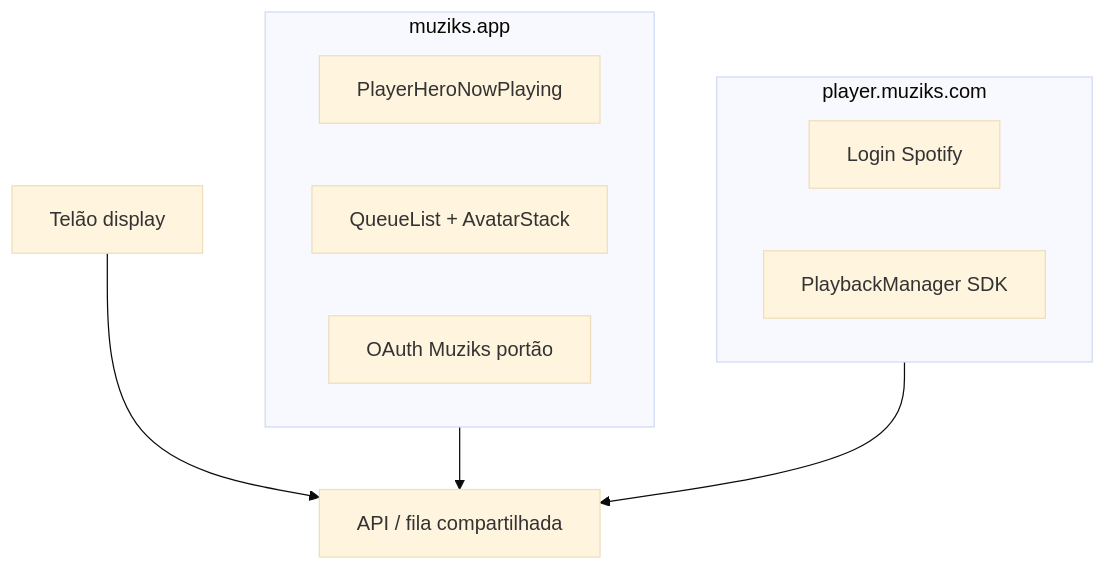
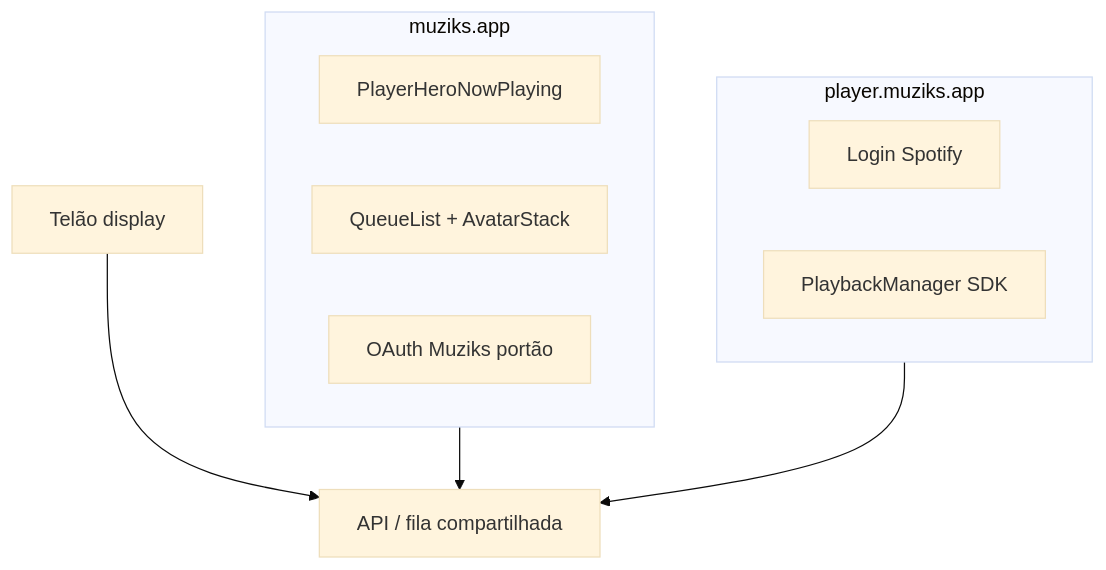
Before and after one commit to LucasArgate/muziks: the first of 2 diagrams in docs/specs/16-ui-player-e-fila.md, drawn with Mermaid (base theme). The commit also changed other lines of this file and 15 other files, not shown here.

````diff
--- a/docs/specs/16-ui-player-e-fila.md
+++ b/docs/specs/16-ui-player-e-fila.md
@@ -29,16 +29,16 @@
 ```mermaid
 flowchart TB
   subgraph public [muziks.app]
     Hero[PlayerHeroNowPlaying]
     Queue[QueueList + AvatarStack]
     Gate[OAuth Muziks portão]
   end
-  subgraph master [player.muziks.com]
+  subgraph master [player.muziks.app]
     Spotify[Login Spotify]
     Playback[PlaybackManager SDK]
   end
   API[API / fila compartilhada]
   public --> API
   master --> API
   Telao[Telão display] --> API
 ```
````
